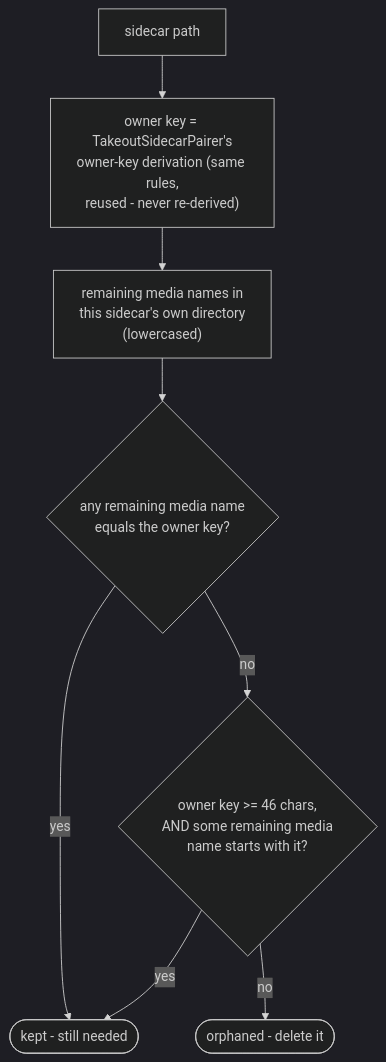
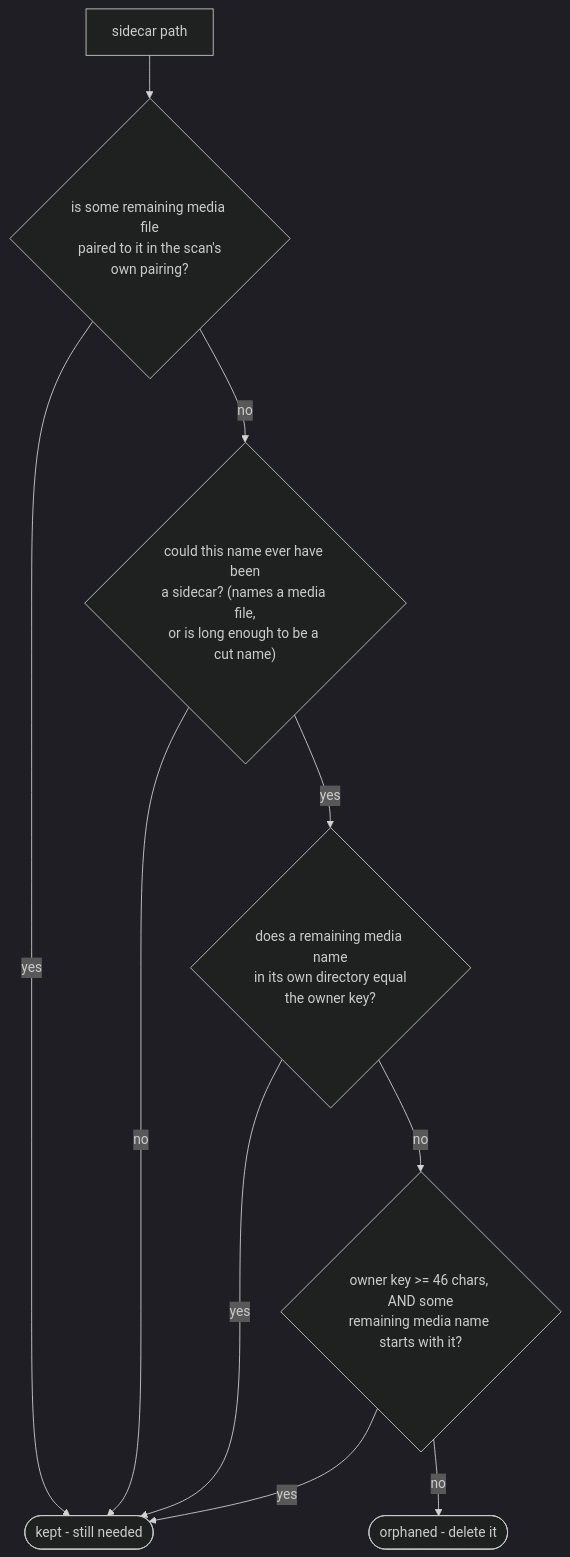
Before and after one commit to AdrianNachev91/sluice: the diagram in app/docs/design/domain/scan/sidecar-sweep.md, drawn with Mermaid (dark theme). The commit also changed other lines of this file and 13 other files, not shown here.

````diff
--- a/app/docs/design/domain/scan/sidecar-sweep.md
+++ b/app/docs/design/domain/scan/sidecar-sweep.md
@@ -16,10 +19,12 @@
 ```mermaid
 flowchart TD
-    A["sidecar path"] --> B["owner key = TakeoutSidecarPairer's<br/>owner-key derivation (same rules,<br/>reused - never re-derived)"]
-    B --> C["remaining media names in<br/>this sidecar's own directory<br/>(lowercased)"]
-    C --> D{"any remaining media name<br/>equals the owner key?"}
-    D -- yes --> E(["kept - still needed"])
-    D -- no --> F{"owner key >= 46 chars,<br/>AND some remaining media<br/>name starts with it?"}
+    A["sidecar path"] --> B{"is some remaining media file<br/>paired to it in the scan's<br/>own pairing?"}
+    B -- yes --> E(["kept - still needed"])
+    B -- no --> C{"could this name ever have been<br/>a sidecar? (names a media file,<br/>or is long enough to be a cut name)"}
+    C -- no --> E
+    C -- yes --> D{"does a remaining media name<br/>in its own directory equal<br/>the owner key?"}
+    D -- yes --> E
+    D -- no --> F{"owner key >= 46 chars, AND some<br/>remaining media name starts with it?"}
     F -- yes --> E
     F -- no --> G(["orphaned - delete it"])
 ```
````
